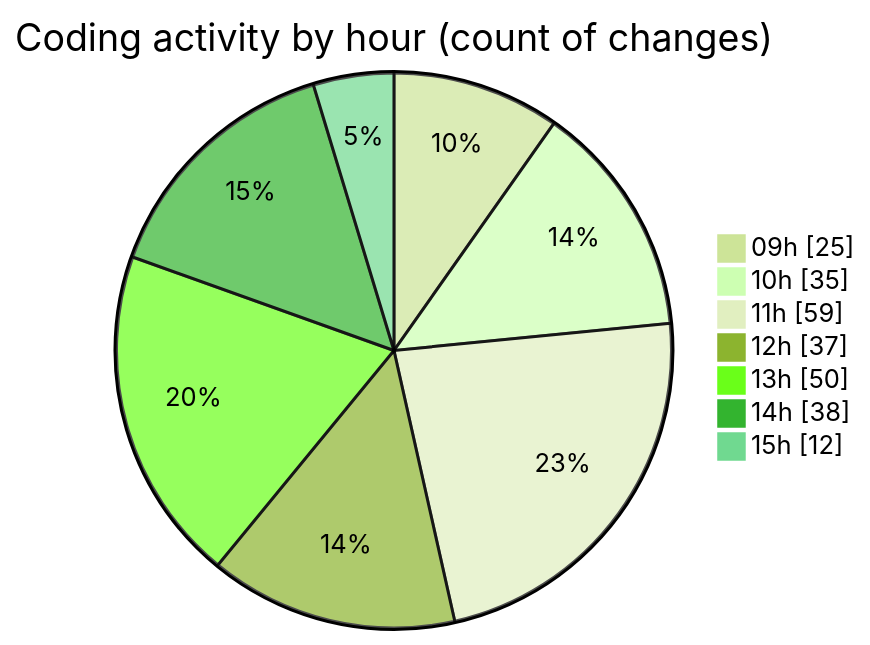
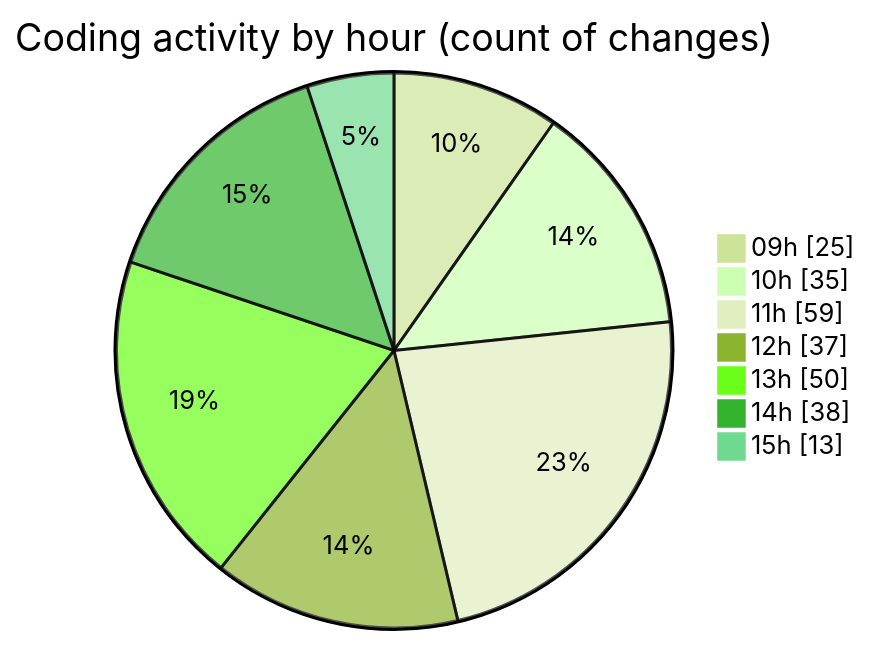
The second of 2 diagrams in 2025-08-22/cda/README.md (momahboobian/code-tracking), drawn with Mermaid (forest theme) before and after one commit. The commit also changed other lines of this file and 1 other file, not shown here.

````diff
--- a/2025-08-22/cda/README.md
+++ b/2025-08-22/cda/README.md
@@ -52,11 +53,11 @@
 ```mermaid
 pie showData
 title Coding activity by hour (count of changes)
 "09h" : 25
 "10h" : 35
 "11h" : 59
 "12h" : 37
 "13h" : 50
 "14h" : 38
-"15h" : 12
+"15h" : 13
 ```
````
